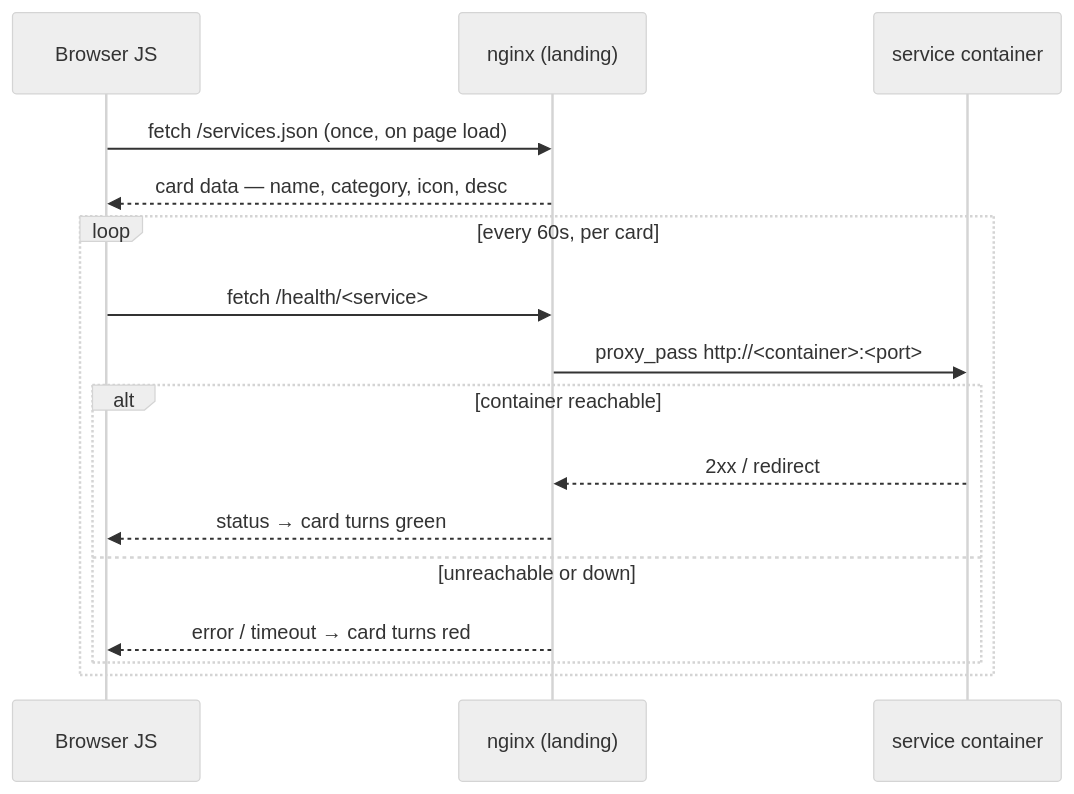
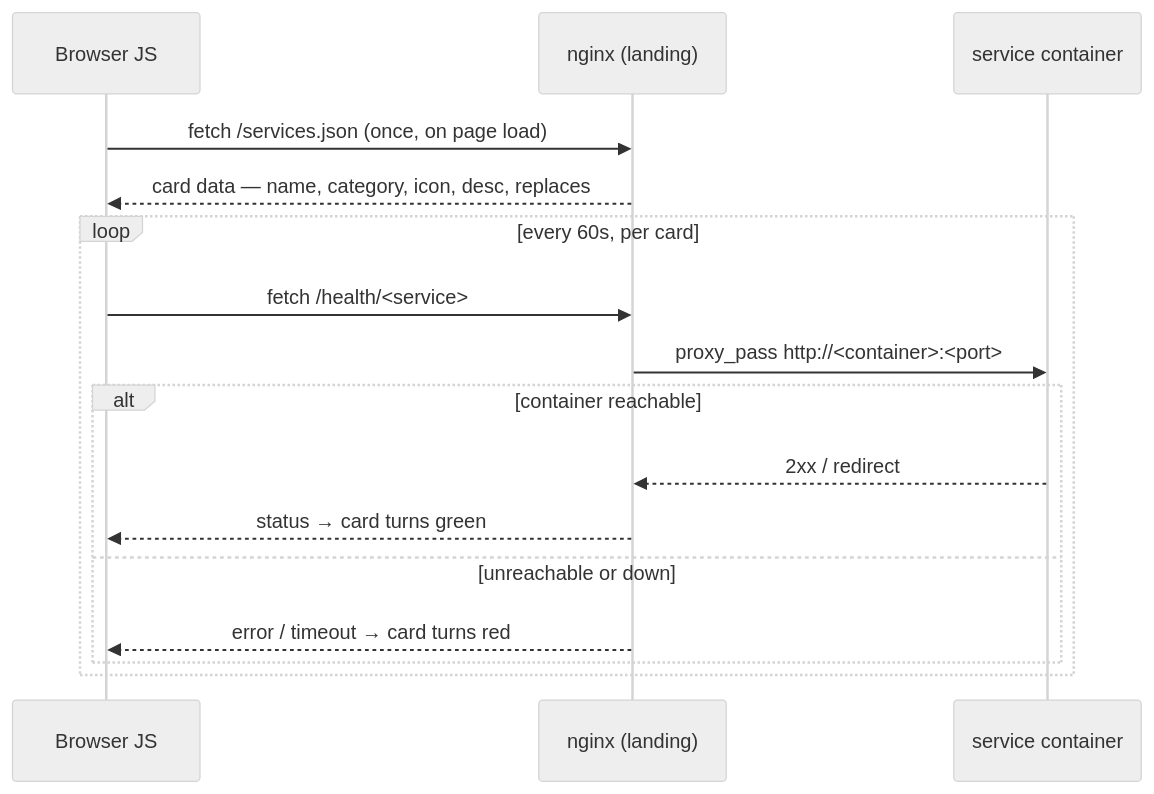
One commit to rajubhimani/homeserver changed the diagram in docs/07-landing.md. Above: the diagram before and after it, drawn with Mermaid (neutral theme). The commit also changed other lines of this file and 43 other files, not shown here.

````diff
--- a/docs/07-landing.md
+++ b/docs/07-landing.md
@@ -44,19 +44,19 @@
 ```mermaid
 sequenceDiagram
     participant JS as Browser JS
     participant NX as nginx (landing)
     participant C as service container
 
     JS->>NX: fetch /services.json (once, on page load)
-    NX-->>JS: card data — name, category, icon, desc
+    NX-->>JS: card data — name, category, icon, desc, replaces
     loop every 60s, per card
         JS->>NX: fetch /health/<service>
         NX->>C: proxy_pass http://<container>:<port>
         alt container reachable
             C-->>NX: 2xx / redirect
             NX-->>JS: status → card turns green
         else unreachable or down
             NX-->>JS: error / timeout → card turns red
         end
     end
 ```
````
